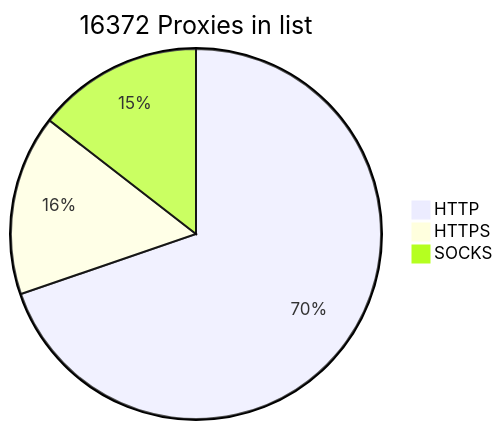
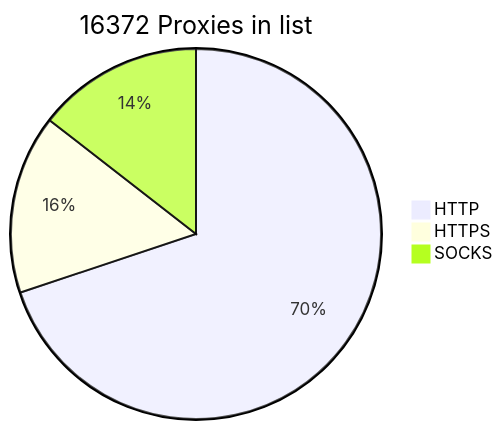
One commit to BlackSnowDot/proxylist-update-every-minute changed the diagram in README.md. Above: the diagram before and after it, drawn with Mermaid.

````diff
--- a/README.md
+++ b/README.md
@@ -2,6 +2,6 @@
 ```mermaid
 pie title 16372 Proxies in list
-    "HTTP" : 12179
-    "HTTPS": 2750
-    "SOCKS" : 2533
+    "HTTP" : 12217
+    "HTTPS": 2733
+    "SOCKS" : 2532
 ```
````
